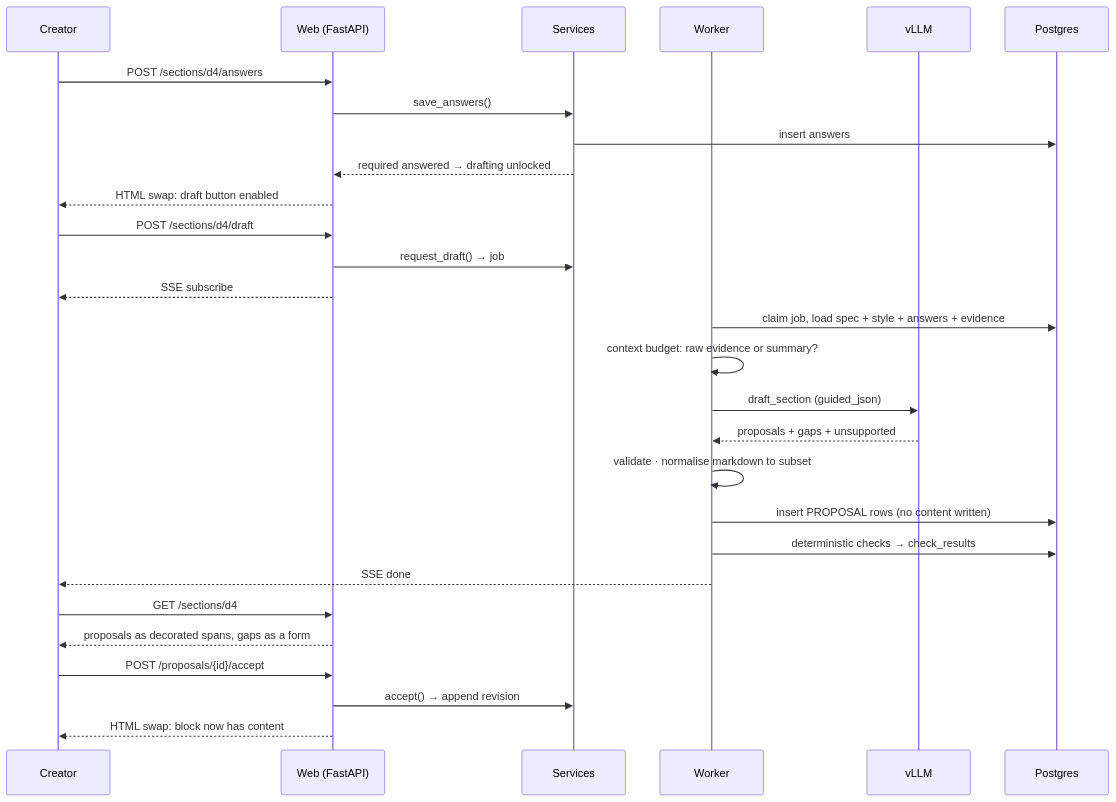
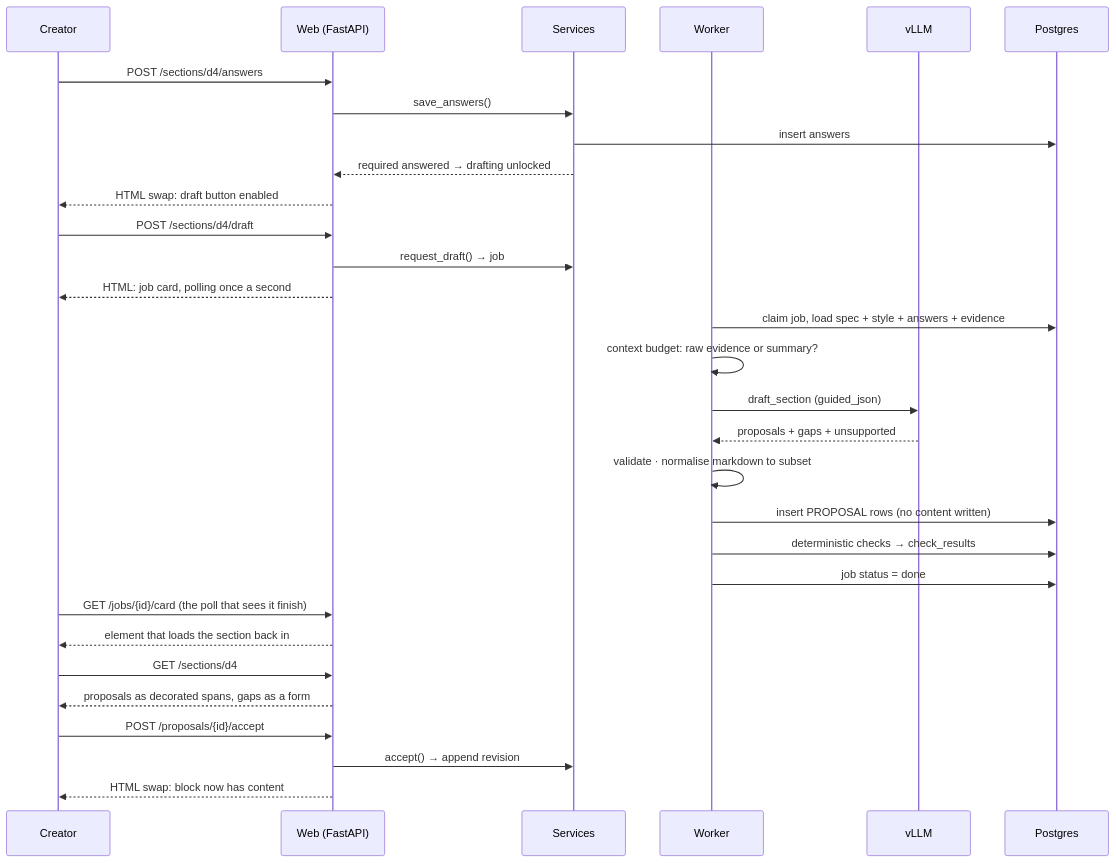
Before and after one commit to rlei-odes/lcf: the diagram in docs/ARCHITECTURE.md, drawn with Mermaid. The commit also changed other lines of this file and 20 other files, not shown here.

````diff
--- a/docs/ARCHITECTURE.md
+++ b/docs/ARCHITECTURE.md
@@ -406,34 +415,36 @@
 ```mermaid
 sequenceDiagram
     participant U as Creator
     participant W as Web (FastAPI)
     participant S as Services
     participant J as Worker
     participant L as vLLM
     participant D as Postgres
 
     U->>W: POST /sections/d4/answers
     W->>S: save_answers()
     S->>D: insert answers
     S-->>W: required answered → drafting unlocked
     W-->>U: HTML swap: draft button enabled
 
     U->>W: POST /sections/d4/draft
     W->>S: request_draft() → job
-    W-->>U: SSE subscribe
+    W-->>U: HTML: job card, polling once a second
 
     J->>D: claim job, load spec + style + answers + evidence
     J->>J: context budget: raw evidence or summary?
     J->>L: draft_section (guided_json)
     L-->>J: proposals + gaps + unsupported
     J->>J: validate · normalise markdown to subset
     J->>D: insert PROPOSAL rows (no content written)
     J->>D: deterministic checks → check_results
-    J-->>U: SSE done
+    J->>D: job status = done
 
+    U->>W: GET /jobs/{id}/card (the poll that sees it finish)
+    W-->>U: element that loads the section back in
     U->>W: GET /sections/d4
     W-->>U: proposals as decorated spans, gaps as a form
     U->>W: POST /proposals/{id}/accept
     W->>S: accept() → append revision
     W-->>U: HTML swap: block now has content
 ```
````
